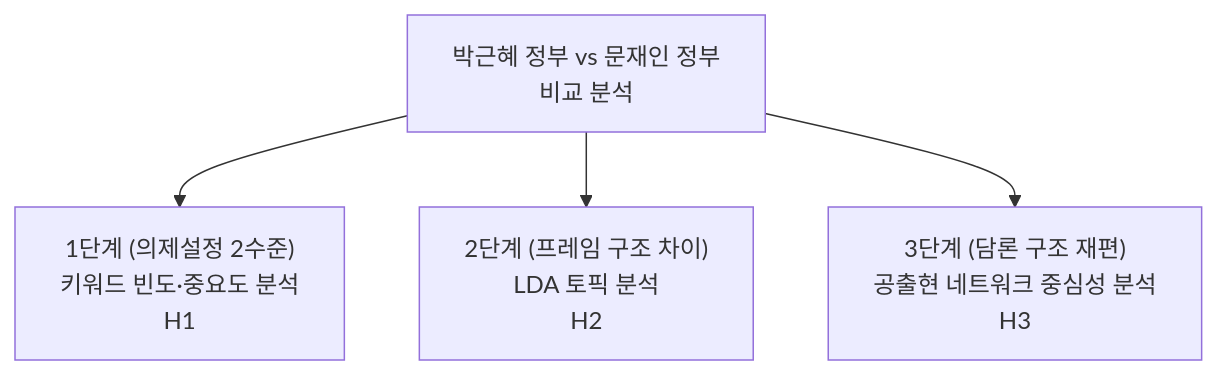
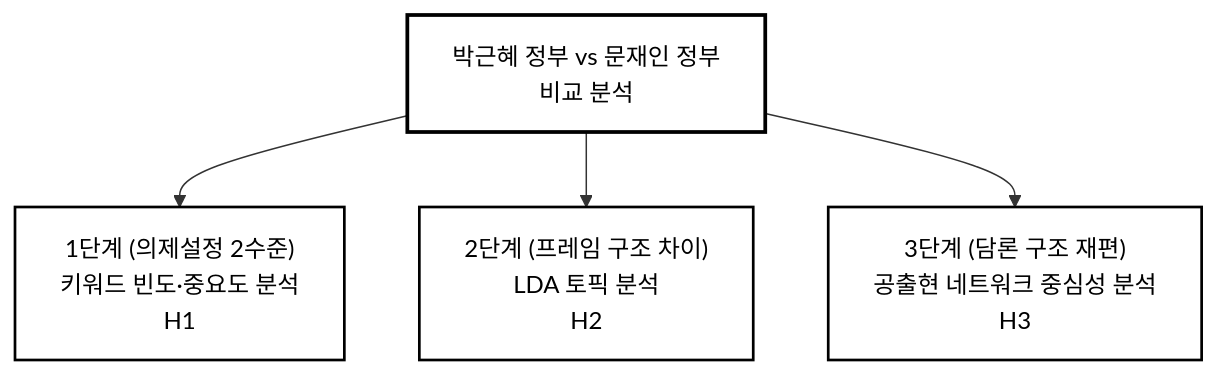
One commit to gayoung106/public_perception changed the second of 4 diagrams in README.md. Above: the diagram before and after it, drawn with Mermaid. The commit also changed other lines of this file, not shown here.

Commit message:
fix: 다이어그램 색상 변경

````diff
--- a/README.md
+++ b/README.md
@@ -81,8 +81,14 @@
 ```mermaid
 flowchart TD
     A["박근혜 정부 vs 문재인 정부<br>비교 분석"]
 
     A --> B["1단계 (의제설정 2수준)<br>키워드 빈도·중요도 분석<br>H1"]
     A --> C["2단계 (프레임 구조 차이)<br>LDA 토픽 분석<br>H2"]
     A --> D["3단계 (담론 구조 재편)<br>공출현 네트워크 중심성 분석<br>H3"]
+
+    class A gov
+    class B,C,D step
+
+    classDef gov fill:#ffffff,stroke:#000000,stroke-width:2.5px,color:#000000
+    classDef step fill:#ffffff,stroke:#000000,stroke-width:1.8px,color:#000000
 ```
````
